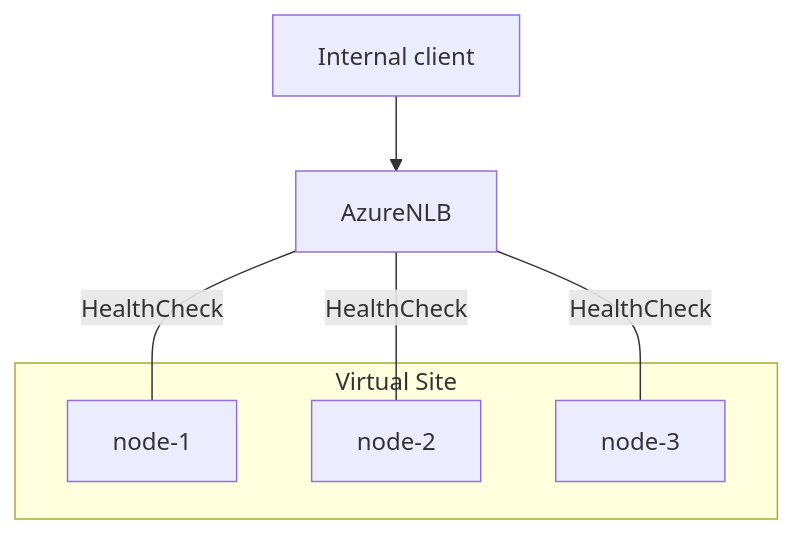
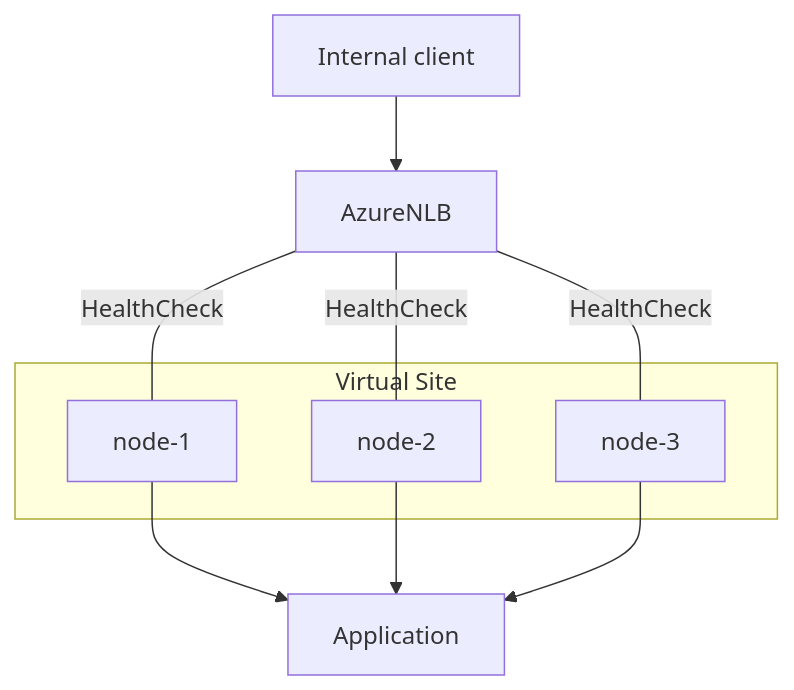
One commit to pavbjj/f5-xc-smsv2-azure changed the fourth of 4 diagrams in README.md. Above: the diagram before and after it, drawn with Mermaid.

````diff
--- a/README.md
+++ b/README.md
@@ -121,15 +121,22 @@
 ``` mermaid
 flowchart TD
-client["Internal client"]
+  client["Internal client"]
+
   subgraph "Virtual Site"
     node1["node-1"]
     node2["node-2"]
     node3["node-3"]
   end
 
   cloud["AzureNLB"]
+  app["Application"]
+
   client --> cloud
   cloud ---|HealthCheck| node1
   cloud ---|HealthCheck| node2
   cloud ---|HealthCheck| node3
+
+  node1 --> app
+  node2 --> app
+  node3 --> app
 ```
````
